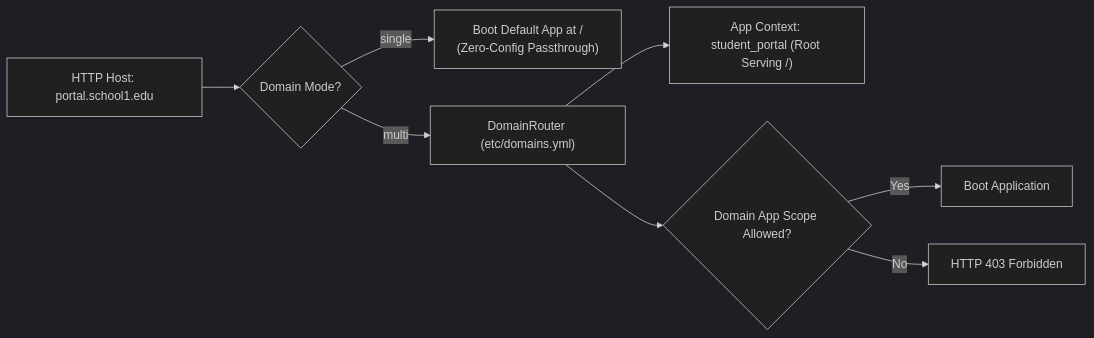
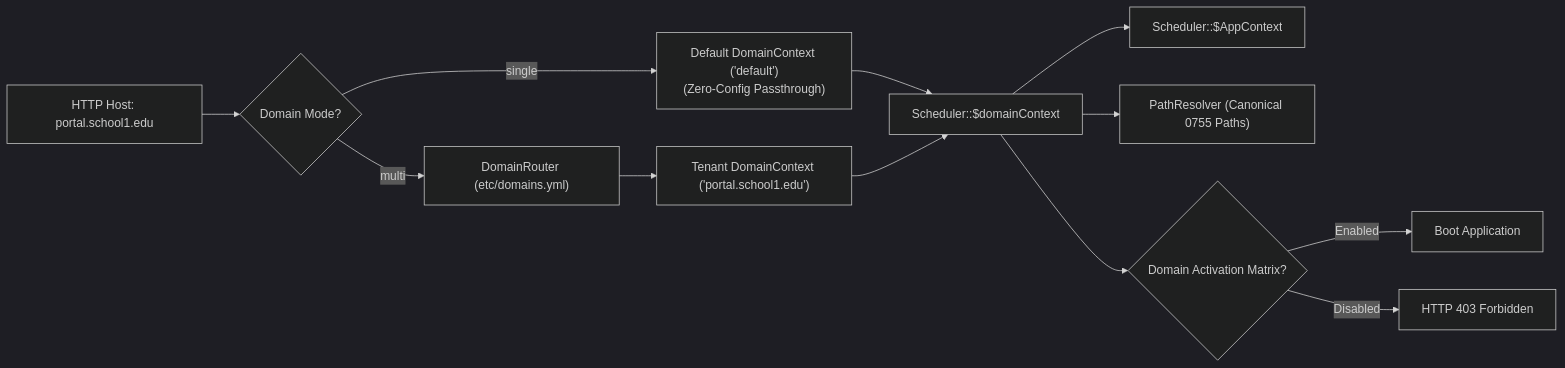
Before and after one commit to shuklasp/spp: the second of 2 diagrams in docs/handbook/book-2-core-spp/01-scheduler-and-application-contexts.md, drawn with Mermaid (dark theme). The commit also changed other lines of this file and 63 other files, not shown here.

````diff
--- a/docs/handbook/book-2-core-spp/01-scheduler-and-application-contexts.md
+++ b/docs/handbook/book-2-core-spp/01-scheduler-and-application-contexts.md
@@ -69,10 +59,15 @@
 ```mermaid
 flowchart LR
     Host["HTTP Host: portal.school1.edu"] --> Mode{"Domain Mode?"}
-    Mode -- "single" --> DirectBoot["Boot Default App at /<br/>(Zero-Config Passthrough)"]
+    Mode -- "single" --> SingleCtx["Default DomainContext ('default')<br/>(Zero-Config Passthrough)"]
     Mode -- "multi" --> DomainRouter["DomainRouter (etc/domains.yml)"]
-    DomainRouter --> AppContext["App Context: student_portal (Root Serving /)"]
-    DomainRouter --> ScopingGuard{"Domain App Scope Allowed?"}
-    ScopingGuard -- Yes --> Boot["Boot Application"]
-    ScopingGuard -- No --> Deny["HTTP 403 Forbidden"]
+    DomainRouter --> TenantCtx["Tenant DomainContext ('portal.school1.edu')"]
+    
+    SingleCtx --> ContextBind["Scheduler::$domainContext"]
+    TenantCtx --> ContextBind
+    ContextBind --> AppContext["Scheduler::$AppContext"]
+    ContextBind --> PathResolver["PathResolver (Canonical 0755 Paths)"]
+    ContextBind --> MatrixGuard{"Domain Activation Matrix?"}
+    MatrixGuard -- Enabled --> Boot["Boot Application"]
+    MatrixGuard -- Disabled --> Deny["HTTP 403 Forbidden"]
 ```
````
